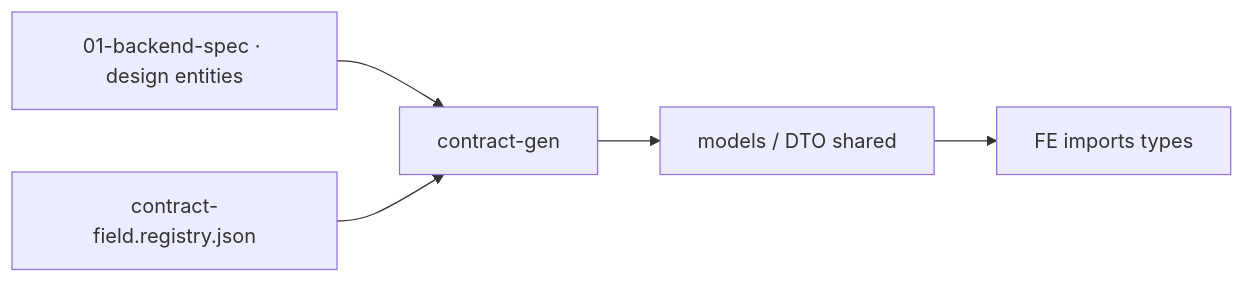
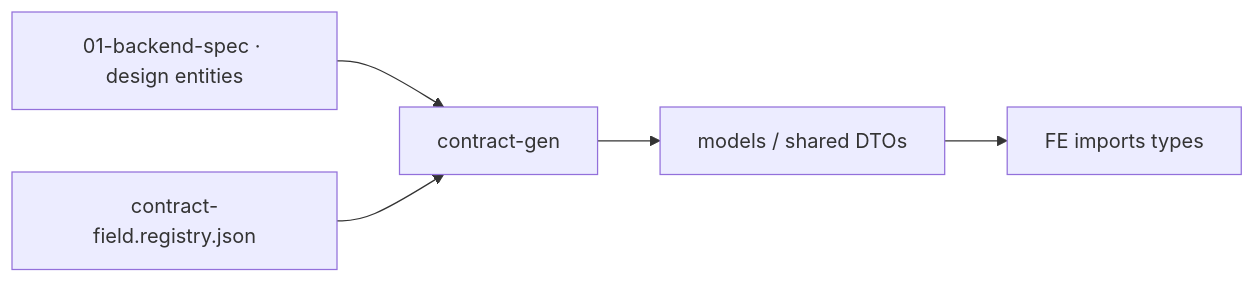
Before and after one commit to ShanYuCoder/flowgrid-docs: the third of 3 diagrams in workflows/backend.md, drawn with Mermaid. The commit also changed other lines of this file and 348 other files, not shown here.

````diff
--- a/workflows/backend.md
+++ b/workflows/backend.md
@@ -89,13 +89,13 @@
 ```mermaid
 flowchart LR
   IR["01-backend-spec · design entities"]
   REG["contract-field.registry.json"]
   GEN["contract-gen"]
-  OUT["models / DTO shared"]
+  OUT["models / shared DTOs"]
   PG["FE imports types"]
 
   IR --> GEN
   REG --> GEN
   GEN --> OUT
   OUT --> PG
 ```
````
